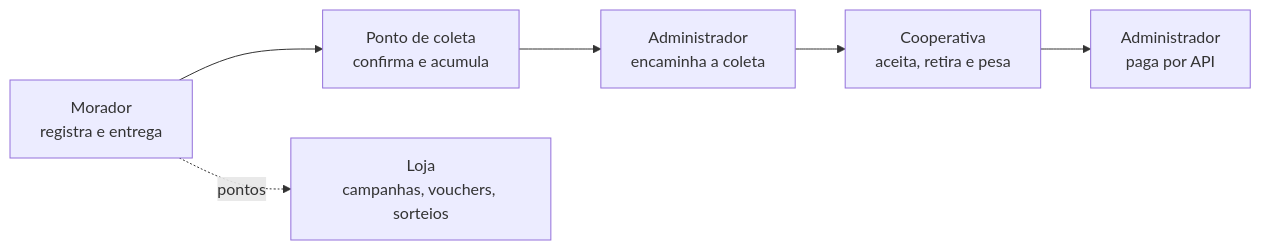
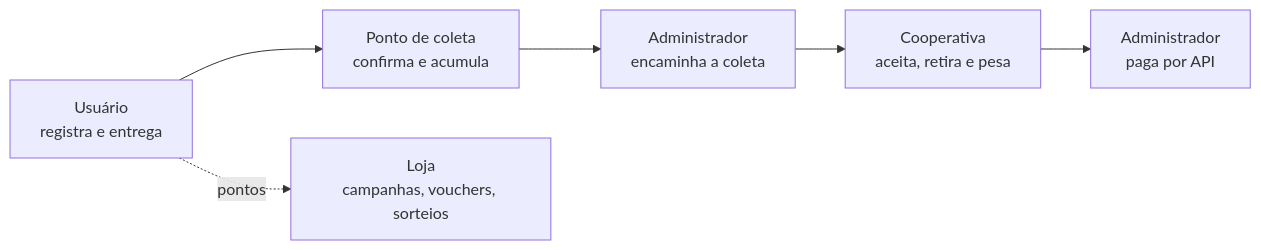
The diagram in docs/01-planejamento/visao-e-escopo.md (Residuum-Organization/residuum-documentacao), drawn with Mermaid before and after one commit. The commit also changed other lines of this file and 101 other files, not shown here.

First line of the commit message:
docs: troca "morador" por "usuário" em todos os documentos

````diff
--- a/docs/01-planejamento/visao-e-escopo.md
+++ b/docs/01-planejamento/visao-e-escopo.md
@@ -41,8 +41,8 @@
 ```mermaid
 flowchart LR
-  M[Morador<br/>registra e entrega] --> P[Ponto de coleta<br/>confirma e acumula]
+  M[Usuário<br/>registra e entrega] --> P[Ponto de coleta<br/>confirma e acumula]
   P --> A[Administrador<br/>encaminha a coleta]
   A --> C[Cooperativa<br/>aceita, retira e pesa]
   C --> A2[Administrador<br/>paga por API]
   M -. pontos .-> L[Loja<br/>campanhas, vouchers, sorteios]
 ```
````
